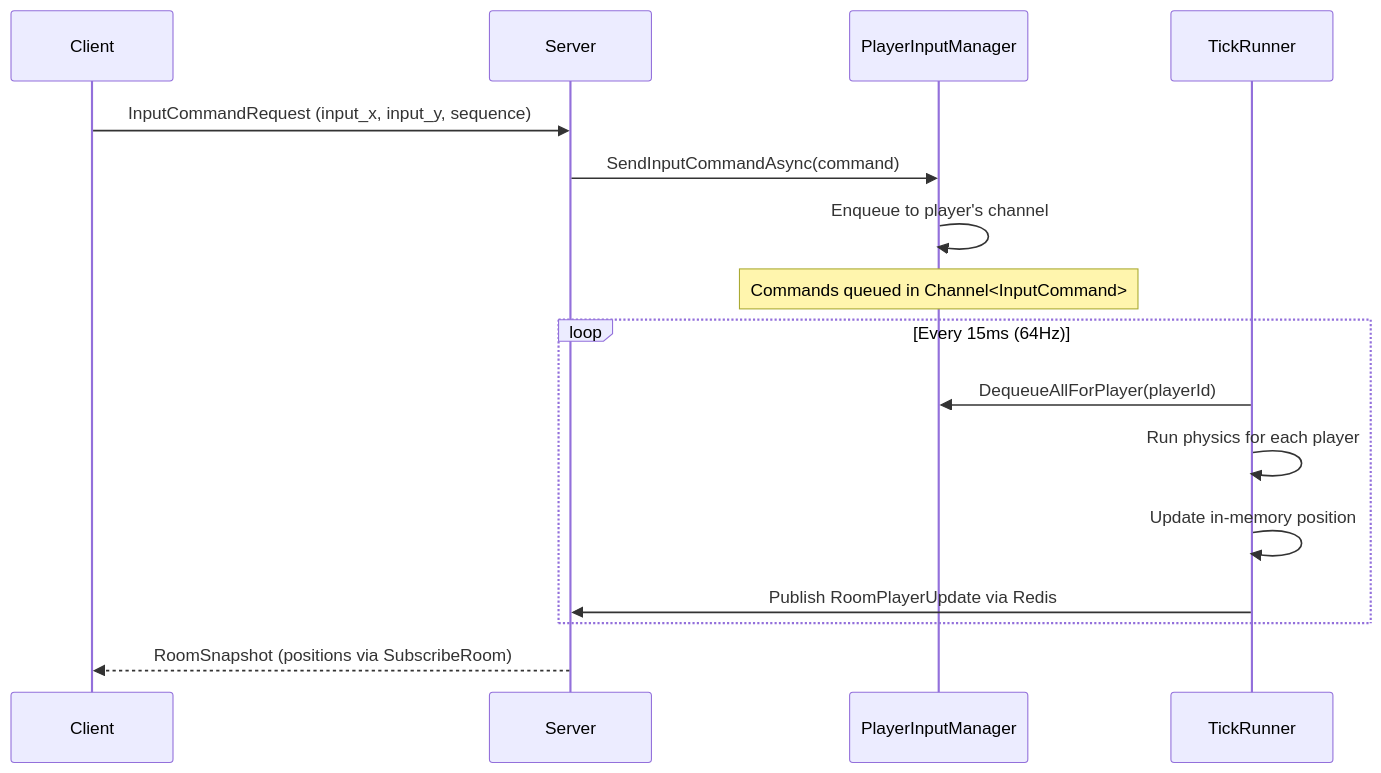
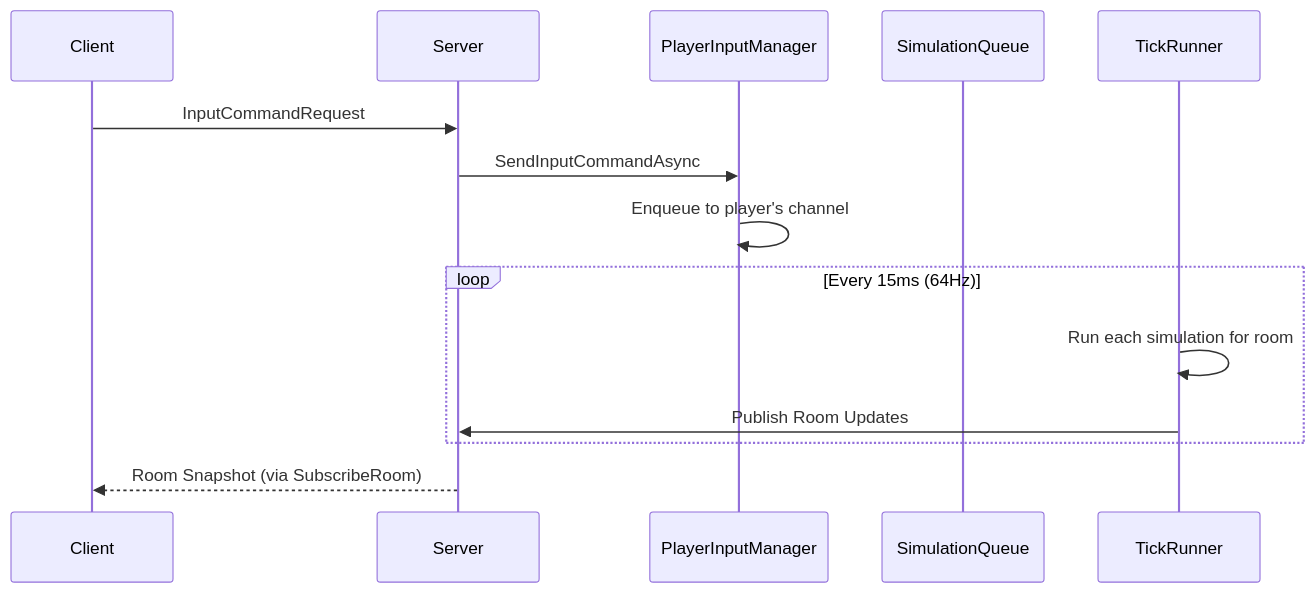
Before and after one commit to mattlau1/DungeonGame: the second of 3 diagrams in DungeonServer/docs/tick-system-architecture.md, drawn with Mermaid. The commit also changed other lines of this file, not shown here.

````diff
--- a/DungeonServer/docs/tick-system-architecture.md
+++ b/DungeonServer/docs/tick-system-architecture.md
@@ -68,21 +83,19 @@
 ```mermaid
 sequenceDiagram
     participant C as Client
     participant S as Server
     participant PIM as PlayerInputManager
+    participant SQ as SimulationQueue
     participant TR as TickRunner
 
-    C->>S: InputCommandRequest (input_x, input_y, sequence)
-    S->>PIM: SendInputCommandAsync(command)
+    C->>S: InputCommandRequest
+    S->>PIM: SendInputCommandAsync
     PIM->>PIM: Enqueue to player's channel
-    Note over PIM: Commands queued in Channel<InputCommand>
 
     loop Every 15ms (64Hz)
-        TR->>PIM: DequeueAllForPlayer(playerId)
-        TR->>TR: Run physics for each player
-        TR->>TR: Update in-memory position
-        TR->>S: Publish RoomPlayerUpdate via Redis
+        TR->>TR: Run each simulation for room
+        TR->>S: Publish Room Updates
     end
 
-    S-->>C: RoomSnapshot (positions via SubscribeRoom)
+    S-->>C: Room Snapshot (via SubscribeRoom)
 ```
````
